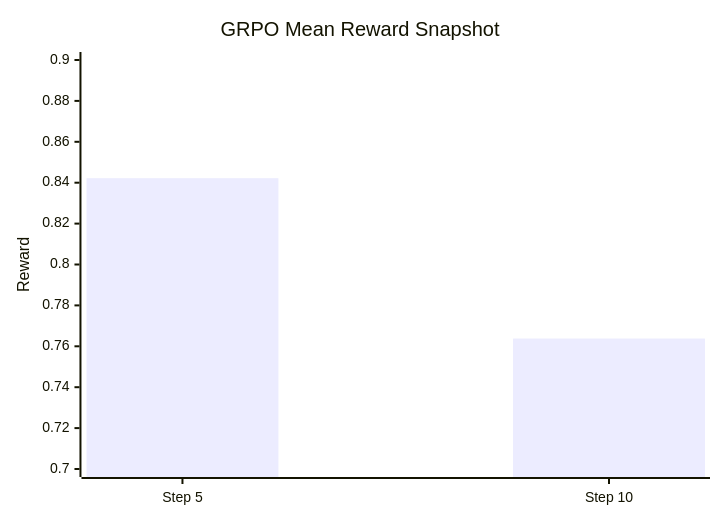
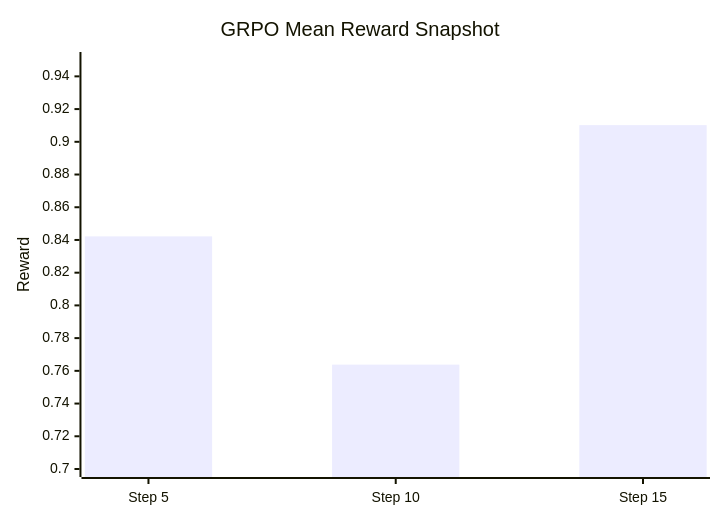
One commit to sanjuhs/Open-ENV-Meta-Hackathon.-rl changed the fifth of 6 diagrams in training/DOCEDIT_STUDENT_WALKTHROUGH.md. Above: the diagram before and after it, drawn with Mermaid. The commit also changed other lines of this file and 1 other file, not shown here.

````diff
--- a/training/DOCEDIT_STUDENT_WALKTHROUGH.md
+++ b/training/DOCEDIT_STUDENT_WALKTHROUGH.md
@@ -351,7 +357,7 @@
 ```mermaid
 xychart-beta
     title "GRPO Mean Reward Snapshot"
-    x-axis ["Step 5", "Step 10"]
-    y-axis "Reward" 0.70 --> 0.90
-    bar [0.8422, 0.7638]
+    x-axis ["Step 5", "Step 10", "Step 15"]
+    y-axis "Reward" 0.70 --> 0.95
+    bar [0.8422, 0.7638, 0.9102]
 ```
````
